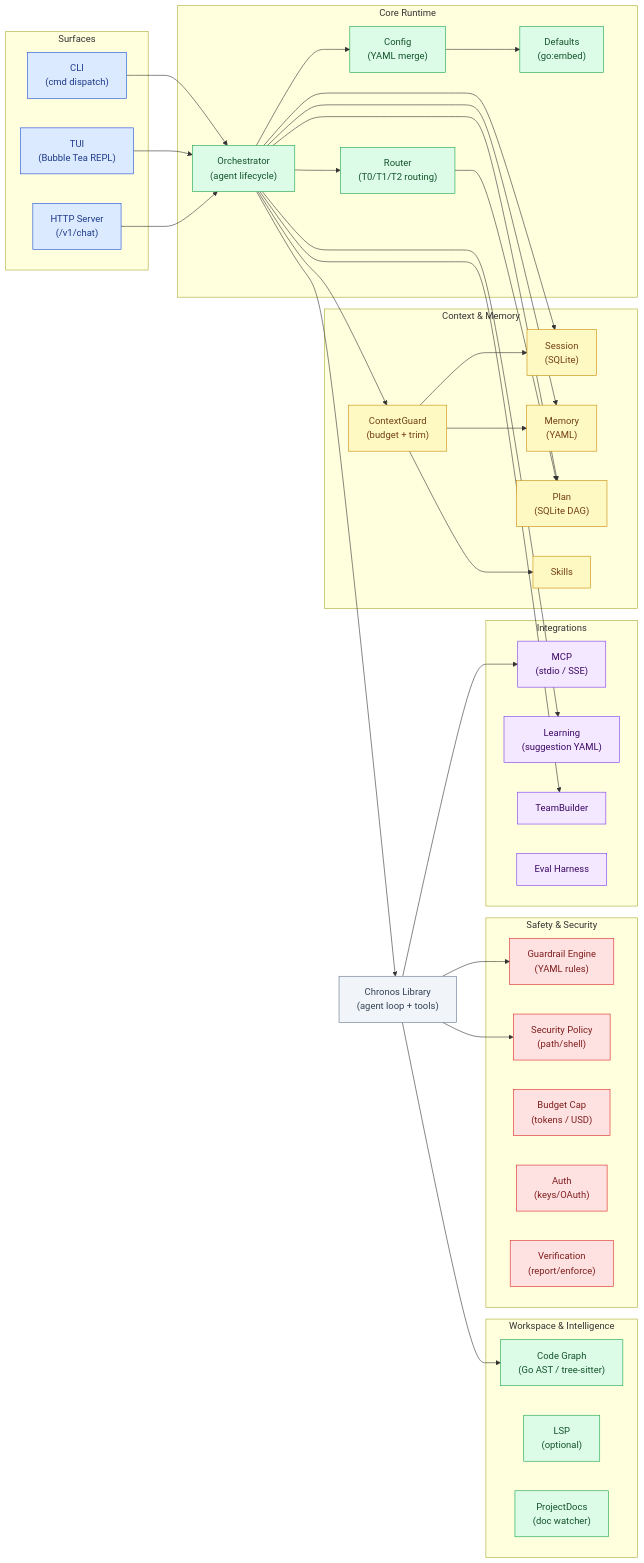
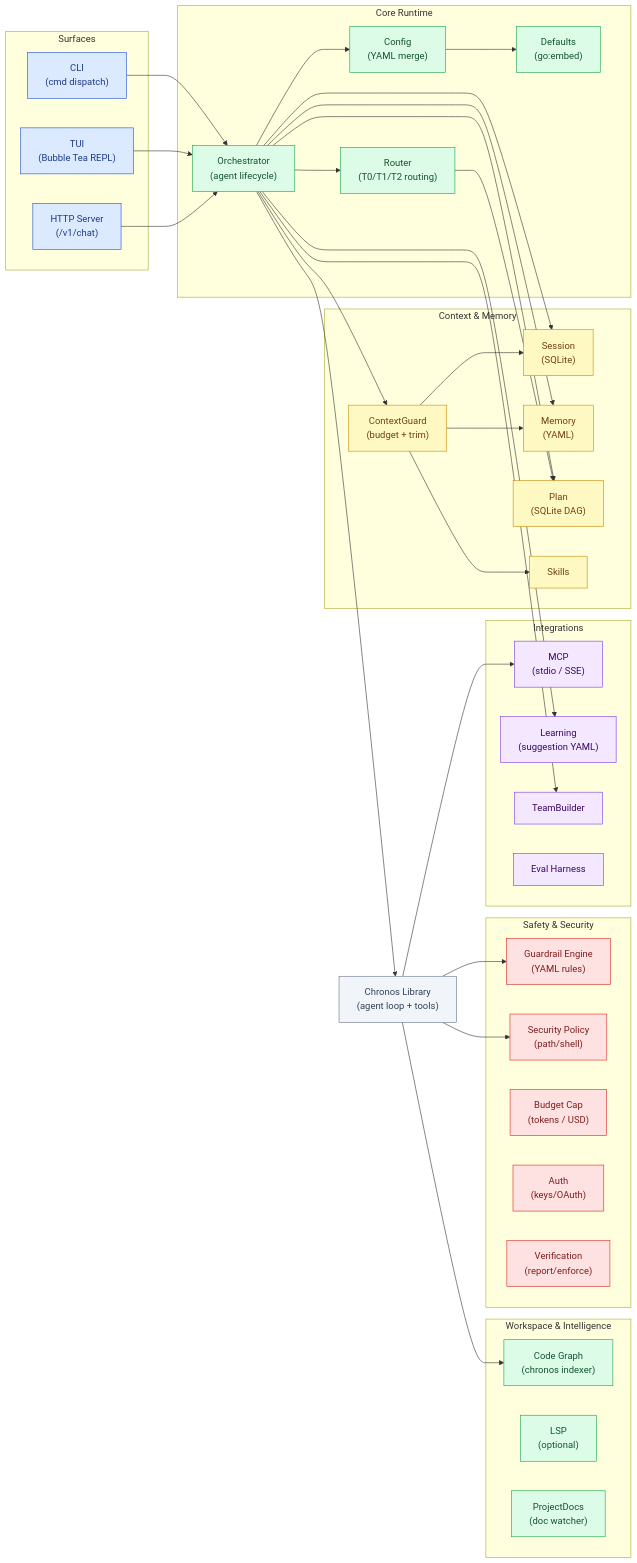
The diagram in docs/docs/diagrams/architecture-overview.md (spawn08/chronos-code), drawn with Mermaid before and after one commit. The commit also changed 66 other files, not shown here.

First line of the commit message:
refactor(graph): delete the old SQLite graph and cgo tree-sitter tier (M11)

````diff
--- a/docs/docs/diagrams/architecture-overview.md
+++ b/docs/docs/diagrams/architecture-overview.md
@@ -11,81 +11,81 @@
 ```mermaid
 graph LR
     classDef surface fill:#dbeafe,stroke:#1d4ed8,color:#1e3a8a
     classDef core fill:#dcfce7,stroke:#16a34a,color:#14532d
     classDef context fill:#fef9c3,stroke:#ca8a04,color:#713f12
     classDef safety fill:#fee2e2,stroke:#dc2626,color:#7f1d1d
     classDef integration fill:#f3e8ff,stroke:#7c3aed,color:#3b0764
     classDef external fill:#f1f5f9,stroke:#64748b,color:#334155
 
     subgraph Surfaces["Surfaces"]
         TUI["TUI\n(Bubble Tea REPL)"]:::surface
         HTTP["HTTP Server\n(/v1/chat)"]:::surface
         CLI["CLI\n(cmd dispatch)"]:::surface
     end
 
     subgraph Core["Core Runtime"]
         Orchestrator["Orchestrator\n(agent lifecycle)"]:::core
         Router["Router\n(T0/T1/T2 routing)"]:::core
         Config["Config\n(YAML merge)"]:::core
         Defaults["Defaults\n(go:embed)"]:::core
     end
 
     subgraph Workspace["Workspace & Intelligence"]
-        Graph["Code Graph\n(Go AST / tree-sitter)"]:::core
+        Graph["Code Graph\n(chronos indexer)"]:::core
         LSP["LSP\n(optional)"]:::core
         ProjectDocs["ProjectDocs\n(doc watcher)"]:::core
     end
 
     subgraph ContextLayer["Context & Memory"]
         Session["Session\n(SQLite)"]:::context
         Memory["Memory\n(YAML)"]:::context
         Plan["Plan\n(SQLite DAG)"]:::context
         Skills["Skills"]:::context
         ContextGuard["ContextGuard\n(budget + trim)"]:::context
     end
 
     subgraph Safety["Safety & Security"]
         Guardrail["Guardrail Engine\n(YAML rules)"]:::safety
         Security["Security Policy\n(path/shell)"]:::safety
         Budget["Budget Cap\n(tokens / USD)"]:::safety
         Auth["Auth\n(keys/OAuth)"]:::safety
         Verification["Verification\n(report/enforce)"]:::safety
     end
 
     subgraph Integrations["Integrations"]
         MCP["MCP\n(stdio / SSE)"]:::integration
         Learning["Learning\n(suggestion YAML)"]:::integration
         TeamBuilder["TeamBuilder"]:::integration
         Eval["Eval Harness"]:::integration
     end
 
     Chronos["Chronos Library\n(agent loop + tools)"]:::external
 
     CLI --> Orchestrator
     TUI --> Orchestrator
     HTTP --> Orchestrator
 
     Orchestrator --> Router
     Orchestrator --> Config
     Orchestrator --> Chronos
     Orchestrator --> Session
     Orchestrator --> Memory
     Orchestrator --> ContextGuard
 
     Config --> Defaults
 
     Chronos --> Graph
     Chronos --> MCP
     Chronos --> Guardrail
     Chronos --> Security
 
     ContextGuard --> Session
     ContextGuard --> Memory
     ContextGuard --> Skills
 
     Orchestrator --> Learning
     Orchestrator --> Plan
     Orchestrator --> TeamBuilder
 
     Router --> Plan
 ```
````
